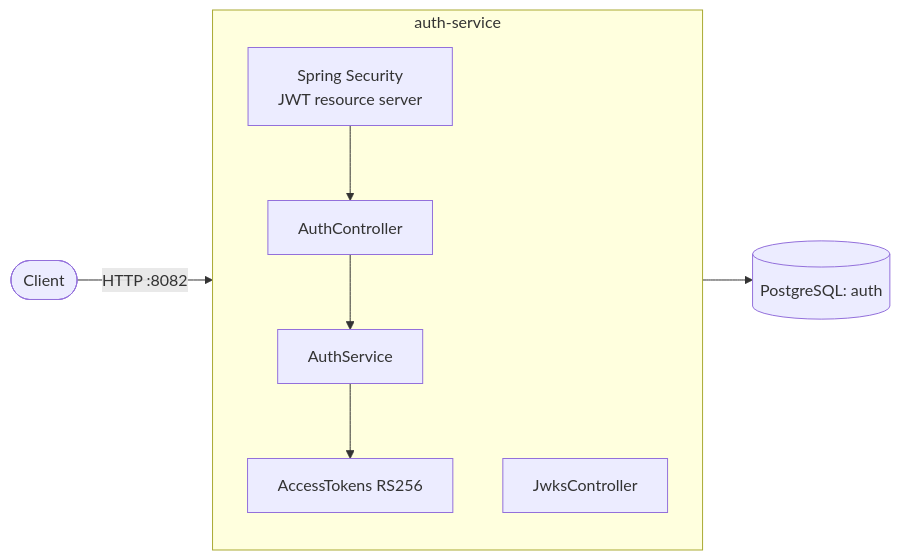
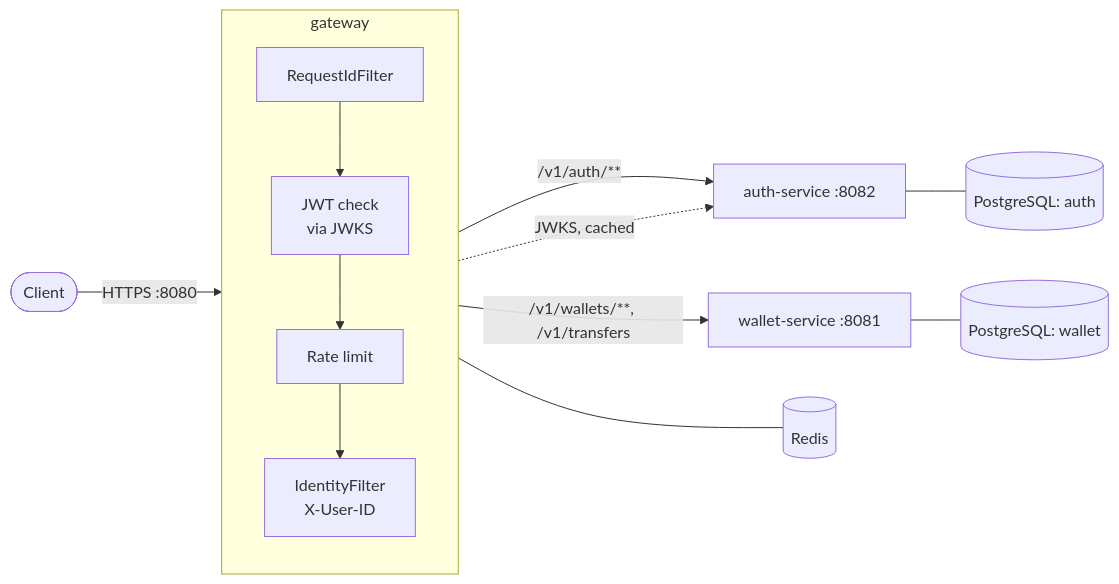
Before and after one commit to Aestheticsuraj234/payments-microservices-springboot: the first of 2 diagrams in docs/architecture.md, drawn with Mermaid. The commit also changed other lines of this file and 35 other files, not shown here.

First line of the commit message:
feat(gateway): an API gateway with JWT at the edge, Redis rate limits and CORS; wallets owned by users

````diff
--- a/docs/architecture.md
+++ b/docs/architecture.md
@@ -9,11 +10,15 @@
 ```mermaid
 flowchart LR
-    client([Client]) -->|HTTP :8082| auth
-    subgraph auth[auth-service]
+    client([Client]) -->|HTTPS :8080| gw
+    subgraph gw[gateway]
         direction TB
-        sec[Spring Security<br/>JWT resource server] --> ac[AuthController]
-        ac --> as[AuthService] --> at[AccessTokens RS256]
-        jw[JwksController]
+        rid[RequestIdFilter] --> sec[JWT check<br/>via JWKS]
+        sec --> rl[Rate limit] --> idf[IdentityFilter<br/>X-User-ID]
     end
-    as --> adb[(PostgreSQL: auth)]
+    gw -->|/v1/auth/**| auth[auth-service :8082]
+    gw -->|/v1/wallets/**, /v1/transfers| wallet[wallet-service :8081]
+    gw -. JWKS, cached .-> auth
+    gw --- redis[(Redis)]
+    auth --- adb[(PostgreSQL: auth)]
+    wallet --- wdb[(PostgreSQL: wallet)]
 ```
````
